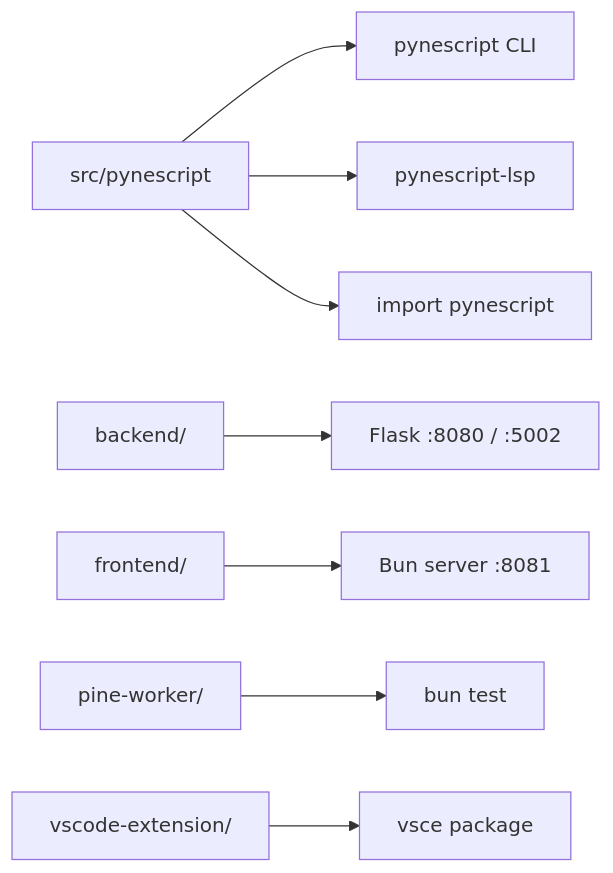
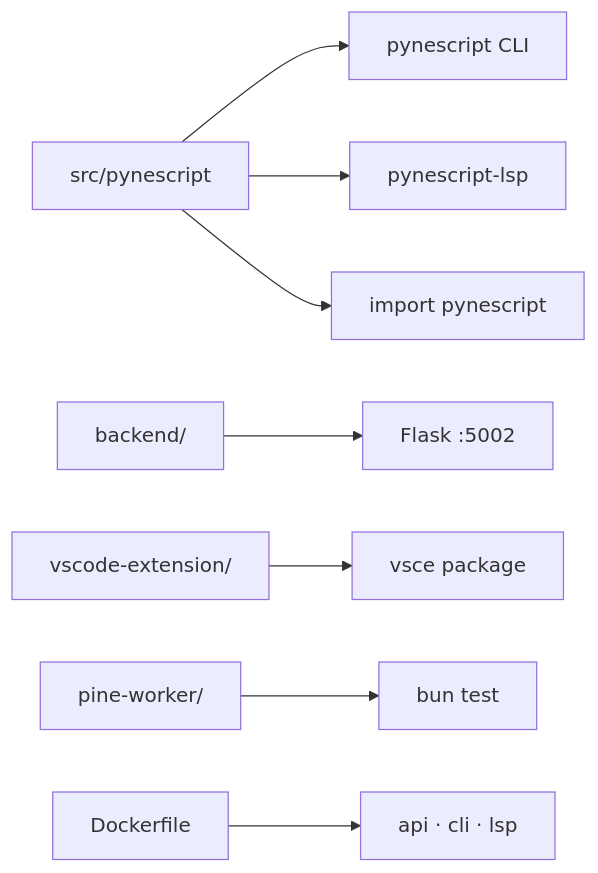
The diagram in docs/pyne/devops/local-dev.mdx (hoox-sh/pyne), drawn with Mermaid before and after one commit. The commit also changed other lines of this file and 8 other files, not shown here.

````diff
--- a/docs/pyne/devops/local-dev.mdx
+++ b/docs/pyne/devops/local-dev.mdx
@@ -33,10 +22,10 @@
 ```mermaid
 flowchart LR
   SRC[src/pynescript] --> CLI[pynescript CLI]
   SRC --> LSP[pynescript-lsp]
   SRC --> LIB[import pynescript]
-  BE[backend/] --> API[Flask :8080 / :5002]
-  FE[frontend/] --> PWA[Bun server :8081]
+  BE[backend/] --> API[Flask :5002]
+  VSC[vscode-extension/] --> VSIX[vsce package]
   PW[pine-worker/] --> BUN[bun test]
-  VSC[vscode-extension/] --> VSIX[vsce package]
+  DOCK[Dockerfile] --> IMG[api · cli · lsp]
 ```
````
